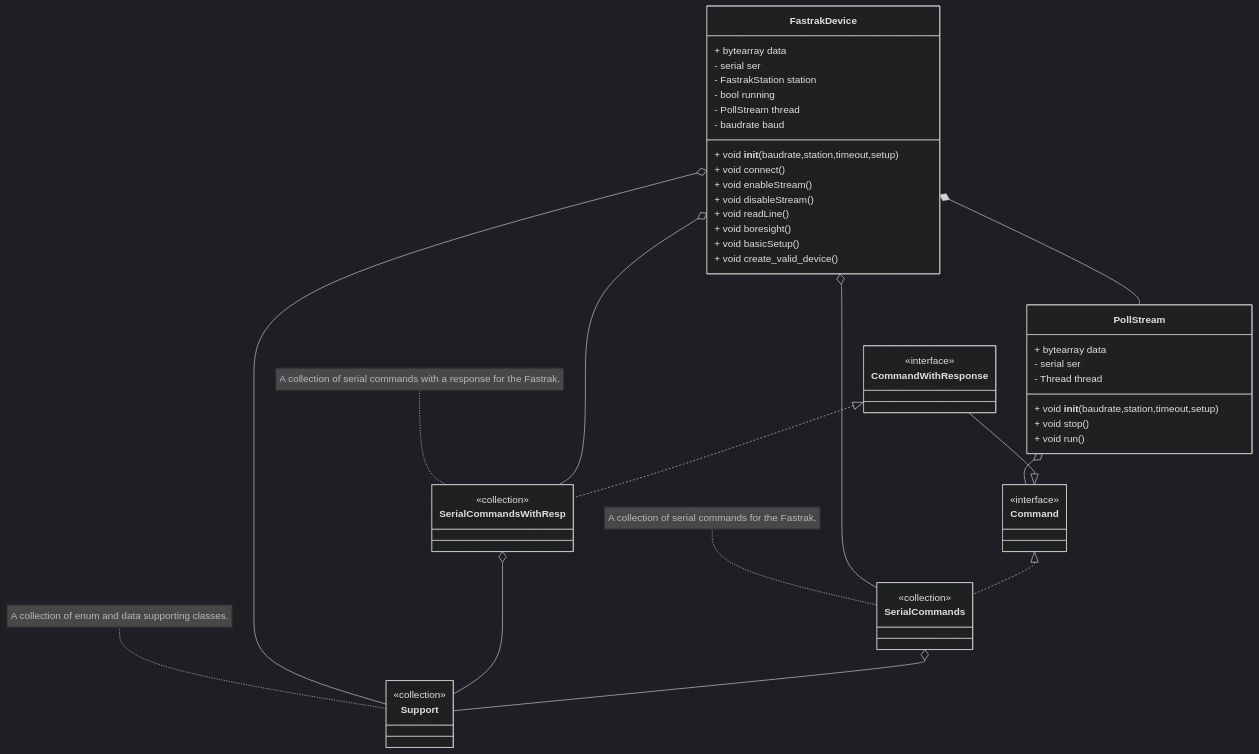
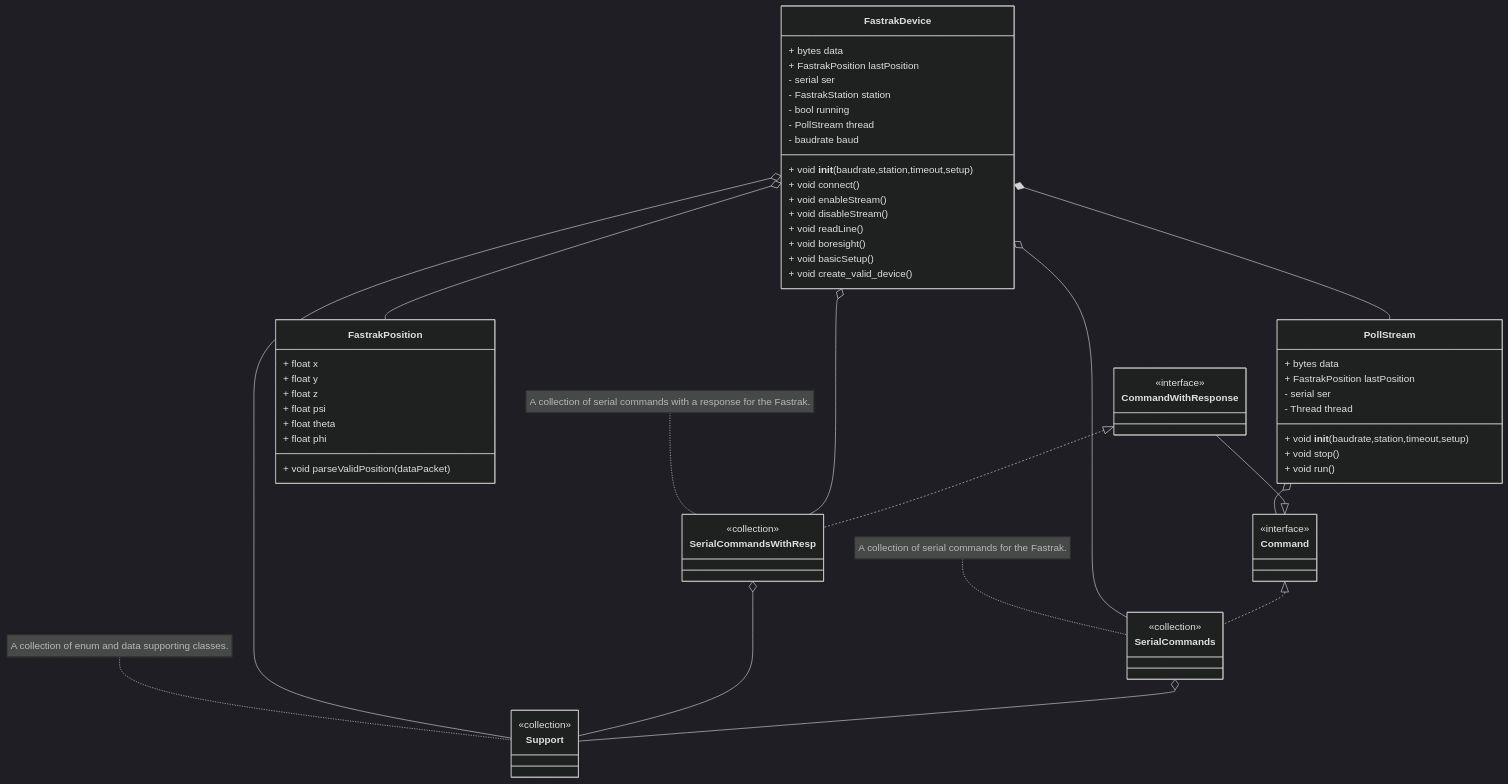
The third of 3 diagrams in docs/README.md (Nontrivial-Solutions/fastrak-serial-driver), drawn with Mermaid (dark theme) before and after one commit. The commit also changed other lines of this file and 12 other files, not shown here.

Commit message:
[📑]  Add Last Position Handling (#12)

````diff
--- a/docs/README.md
+++ b/docs/README.md
@@ -250,53 +257,67 @@
 ```mermaid
 classDiagram
 
     FastrakDevice o-- SerialCommandsWithResp
     FastrakDevice o-- SerialCommands
     FastrakDevice o-- Support 
     FastrakDevice *-- PollStream 
+    FastrakDevice o-- FastrakPosition 
     PollStream o-- Command
 
     SerialCommandsWithResp o-- Support 
     SerialCommands o-- Support 
 
     CommandWithResponse --|> Command
     CommandWithResponse <|.. SerialCommandsWithResp
     Command <|.. SerialCommands
 
+    class FastrakPosition{
+        + void parseValidPosition(dataPacket)
+        + float  x
+        + float  y
+        + float  z
+        + float  psi
+        + float  theta
+        + float  phi
+    }
+
     class PollStream{
         + void __init__(baudrate,station,timeout,setup)
         + void stop()
         + void run()
-        + bytearray data 
+        + bytes data 
+        + FastrakPosition lastPosition 
         - serial ser
         - Thread thread
     }
+
     class FastrakDevice{
         + void __init__(baudrate,station,timeout,setup)
         + void connect()
         + void enableStream()
         + void disableStream()
         + void readLine()
         + void boresight()
         + void basicSetup()
         + void create_valid_device()
-        + bytearray data 
+        + bytes data 
+        + FastrakPosition lastPosition 
         - serial ser
         - FastrakStation station
         - bool running
         - PollStream thread
         - baudrate baud
     }
 
     class Command{<<interface>>}
     class CommandWithResponse{<<interface>>}
     class Support{<<collection>>}
     class SerialCommands{<<collection>>}
     class SerialCommandsWithResp{<<collection>>}
 
     note for Support "A collection of enum and data supporting classes."
     note for SerialCommands "A collection of serial commands for the Fastrak."
     note for SerialCommandsWithResp "A collection of serial commands with a response for the Fastrak."
 
 
 ```
````
